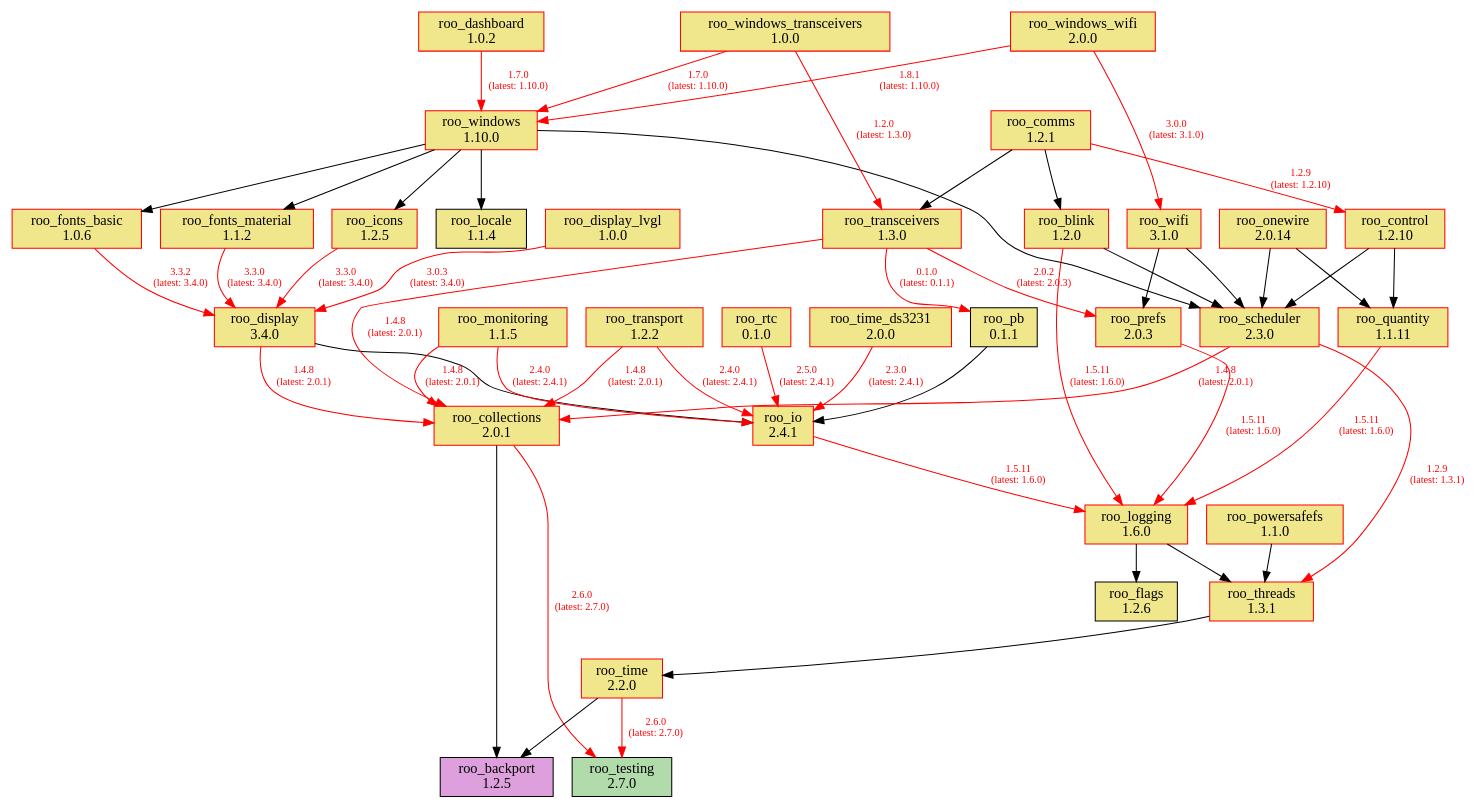
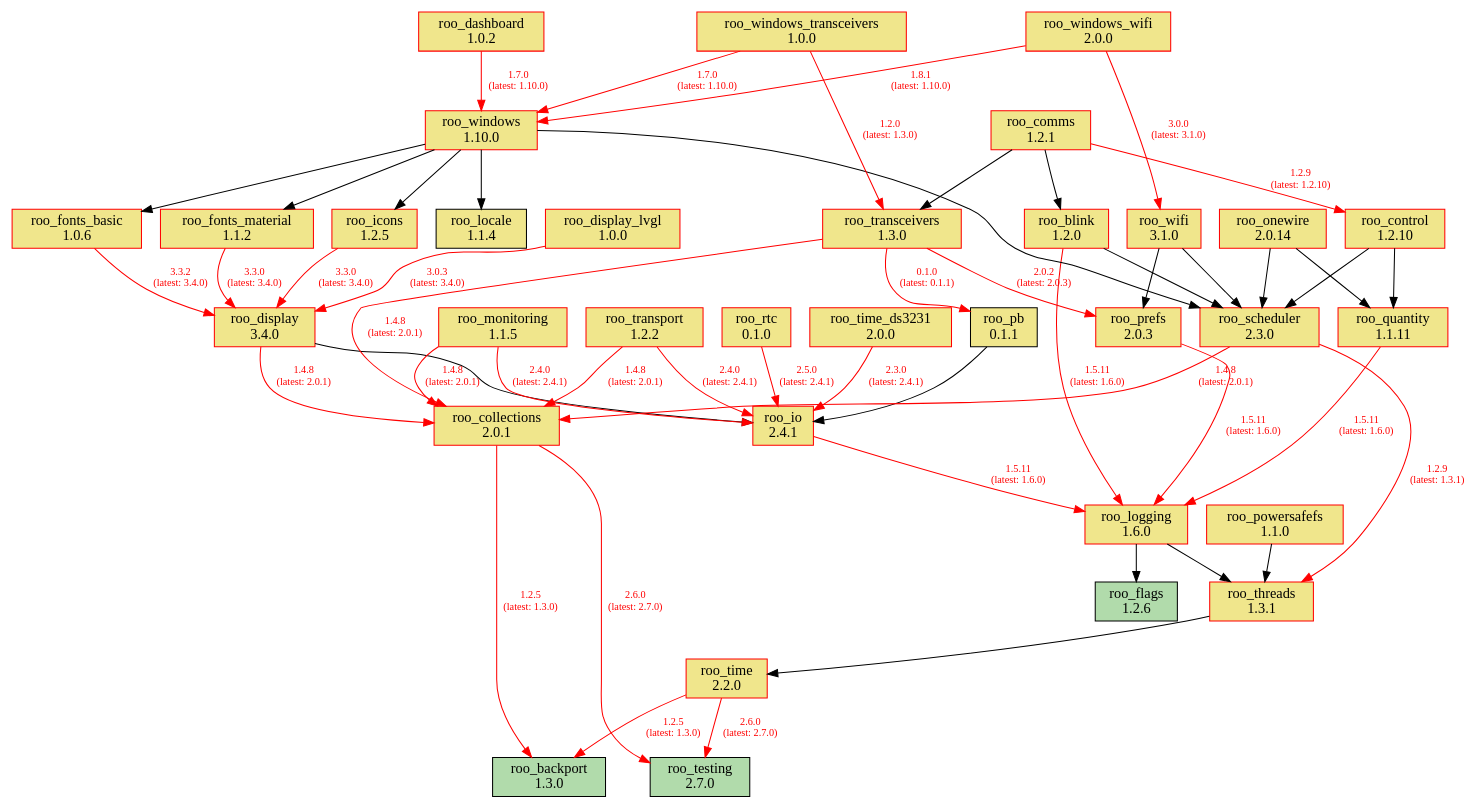
The diagram in doc/dependencies.dot (dejwk/roo-registry), drawn with Graphviz before and after one commit. The commit also changed 3 other files, not shown here.

Commit message:
Added roo_backport 1.3.0 to the registry.

```diff
--- a/doc/dependencies.dot
+++ b/doc/dependencies.dot
@@ -1,92 +1,92 @@
 digraph dependencies {
     rankdir=TB;
     node [shape=box, style=filled];
     edge [fontsize=10];
 
     // Modules
-    "roo_backport" [label="roo_backport\n1.2.5", fillcolor="plum", color="black"];
+    "roo_backport" [label="roo_backport\n1.3.0", fillcolor="#b1dbab", color="black"];
     "roo_blink" [label="roo_blink\n1.2.0", fillcolor="khaki", color="red"];
     "roo_collections" [label="roo_collections\n2.0.1", fillcolor="khaki", color="red"];
     "roo_comms" [label="roo_comms\n1.2.1", fillcolor="khaki", color="red"];
     "roo_control" [label="roo_control\n1.2.10", fillcolor="khaki", color="red"];
     "roo_dashboard" [label="roo_dashboard\n1.0.2", fillcolor="khaki", color="red"];
     "roo_display" [label="roo_display\n3.4.0", fillcolor="khaki", color="red"];
     "roo_display_lvgl" [label="roo_display_lvgl\n1.0.0", fillcolor="khaki", color="red"];
-    "roo_flags" [label="roo_flags\n1.2.6", fillcolor="khaki", color="black"];
+    "roo_flags" [label="roo_flags\n1.2.6", fillcolor="#b1dbab", color="black"];
     "roo_fonts_basic" [label="roo_fonts_basic\n1.0.6", fillcolor="khaki", color="red"];
     "roo_fonts_material" [label="roo_fonts_material\n1.1.2", fillcolor="khaki", color="red"];
     "roo_icons" [label="roo_icons\n1.2.5", fillcolor="khaki", color="red"];
     "roo_io" [label="roo_io\n2.4.1", fillcolor="khaki", color="red"];
     "roo_locale" [label="roo_locale\n1.1.4", fillcolor="khaki", color="black"];
     "roo_logging" [label="roo_logging\n1.6.0", fillcolor="khaki", color="red"];
     "roo_monitoring" [label="roo_monitoring\n1.1.5", fillcolor="khaki", color="red"];
     "roo_onewire" [label="roo_onewire\n2.0.14", fillcolor="khaki", color="red"];
     "roo_pb" [label="roo_pb\n0.1.1", fillcolor="khaki", color="black"];
     "roo_powersafefs" [label="roo_powersafefs\n1.1.0", fillcolor="khaki", color="red"];
     "roo_prefs" [label="roo_prefs\n2.0.3", fillcolor="khaki", color="red"];
     "roo_quantity" [label="roo_quantity\n1.1.11", fillcolor="khaki", color="red"];
     "roo_rtc" [label="roo_rtc\n0.1.0", fillcolor="khaki", color="red"];
     "roo_scheduler" [label="roo_scheduler\n2.3.0", fillcolor="khaki", color="red"];
     "roo_testing" [label="roo_testing\n2.7.0", fillcolor="#b1dbab", color="black"];
     "roo_threads" [label="roo_threads\n1.3.1", fillcolor="khaki", color="red"];
     "roo_time" [label="roo_time\n2.2.0", fillcolor="khaki", color="red"];
     "roo_time_ds3231" [label="roo_time_ds3231\n2.0.0", fillcolor="khaki", color="red"];
     "roo_transceivers" [label="roo_transceivers\n1.3.0", fillcolor="khaki", color="red"];
     "roo_transport" [label="roo_transport\n1.2.2", fillcolor="khaki", color="red"];
     "roo_wifi" [label="roo_wifi\n3.1.0", fillcolor="khaki", color="red"];
     "roo_windows" [label="roo_windows\n1.10.0", fillcolor="khaki", color="red"];
     "roo_windows_transceivers" [label="roo_windows_transceivers\n1.0.0", fillcolor="khaki", color="red"];
     "roo_windows_wifi" [label="roo_windows_wifi\n2.0.0", fillcolor="khaki", color="red"];
 
     // Dependencies
     "roo_blink" -> "roo_logging" [color=red, fontcolor=red, label="1.5.11\n(latest: 1.6.0)"];
     "roo_blink" -> "roo_scheduler";
     "roo_collections" -> "roo_testing" [color=red, fontcolor=red, label="2.6.0\n(latest: 2.7.0)"];
-    "roo_collections" -> "roo_backport";
+    "roo_collections" -> "roo_backport" [color=red, fontcolor=red, label="1.2.5\n(latest: 1.3.0)"];
     "roo_comms" -> "roo_blink";
     "roo_comms" -> "roo_control" [color=red, fontcolor=red, label="1.2.9\n(latest: 1.2.10)"];
     "roo_comms" -> "roo_transceivers";
     "roo_control" -> "roo_quantity";
     "roo_control" -> "roo_scheduler";
     "roo_dashboard" -> "roo_windows" [color=red, fontcolor=red, label="1.7.0\n(latest: 1.10.0)"];
     "roo_display" -> "roo_collections" [color=red, fontcolor=red, label="1.4.8\n(latest: 2.0.1)"];
     "roo_display" -> "roo_io";
     "roo_display_lvgl" -> "roo_display" [color=red, fontcolor=red, label="3.0.3\n(latest: 3.4.0)"];
     "roo_fonts_basic" -> "roo_display" [color=red, fontcolor=red, label="3.3.2\n(latest: 3.4.0)"];
     "roo_fonts_material" -> "roo_display" [color=red, fontcolor=red, label="3.3.0\n(latest: 3.4.0)"];
     "roo_icons" -> "roo_display" [color=red, fontcolor=red, label="3.3.0\n(latest: 3.4.0)"];
     "roo_io" -> "roo_logging" [color=red, fontcolor=red, label="1.5.11\n(latest: 1.6.0)"];
     "roo_logging" -> "roo_flags";
     "roo_logging" -> "roo_threads";
     "roo_monitoring" -> "roo_collections" [color=red, fontcolor=red, label="1.4.8\n(latest: 2.0.1)"];
     "roo_monitoring" -> "roo_io" [color=red, fontcolor=red, label="2.4.0\n(latest: 2.4.1)"];
     "roo_onewire" -> "roo_scheduler";
     "roo_onewire" -> "roo_quantity";
     "roo_pb" -> "roo_io";
     "roo_powersafefs" -> "roo_threads";
     "roo_prefs" -> "roo_logging" [color=red, fontcolor=red, label="1.5.11\n(latest: 1.6.0)"];
     "roo_quantity" -> "roo_logging" [color=red, fontcolor=red, label="1.5.11\n(latest: 1.6.0)"];
     "roo_rtc" -> "roo_io" [color=red, fontcolor=red, label="2.5.0\n(latest: 2.4.1)"];
     "roo_scheduler" -> "roo_collections" [color=red, fontcolor=red, label="1.4.8\n(latest: 2.0.1)"];
     "roo_scheduler" -> "roo_threads" [color=red, fontcolor=red, label="1.2.9\n(latest: 1.3.1)"];
     "roo_threads" -> "roo_time";
     "roo_time" -> "roo_testing" [color=red, fontcolor=red, label="2.6.0\n(latest: 2.7.0)"];
-    "roo_time" -> "roo_backport";
+    "roo_time" -> "roo_backport" [color=red, fontcolor=red, label="1.2.5\n(latest: 1.3.0)"];
     "roo_time_ds3231" -> "roo_io" [color=red, fontcolor=red, label="2.3.0\n(latest: 2.4.1)"];
     "roo_transceivers" -> "roo_pb" [color=red, fontcolor=red, label="0.1.0\n(latest: 0.1.1)"];
     "roo_transceivers" -> "roo_collections" [color=red, fontcolor=red, label="1.4.8\n(latest: 2.0.1)"];
     "roo_transceivers" -> "roo_prefs" [color=red, fontcolor=red, label="2.0.2\n(latest: 2.0.3)"];
     "roo_transport" -> "roo_collections" [color=red, fontcolor=red, label="1.4.8\n(latest: 2.0.1)"];
     "roo_transport" -> "roo_io" [color=red, fontcolor=red, label="2.4.0\n(latest: 2.4.1)"];
     "roo_wifi" -> "roo_prefs";
     "roo_wifi" -> "roo_scheduler";
     "roo_windows" -> "roo_fonts_basic";
     "roo_windows" -> "roo_fonts_material";
     "roo_windows" -> "roo_locale";
     "roo_windows" -> "roo_icons";
     "roo_windows" -> "roo_scheduler";
     "roo_windows_transceivers" -> "roo_transceivers" [color=red, fontcolor=red, label="1.2.0\n(latest: 1.3.0)"];
     "roo_windows_transceivers" -> "roo_windows" [color=red, fontcolor=red, label="1.7.0\n(latest: 1.10.0)"];
     "roo_windows_wifi" -> "roo_wifi" [color=red, fontcolor=red, label="3.0.0\n(latest: 3.1.0)"];
     "roo_windows_wifi" -> "roo_windows" [color=red, fontcolor=red, label="1.8.1\n(latest: 1.10.0)"];
 }
```
